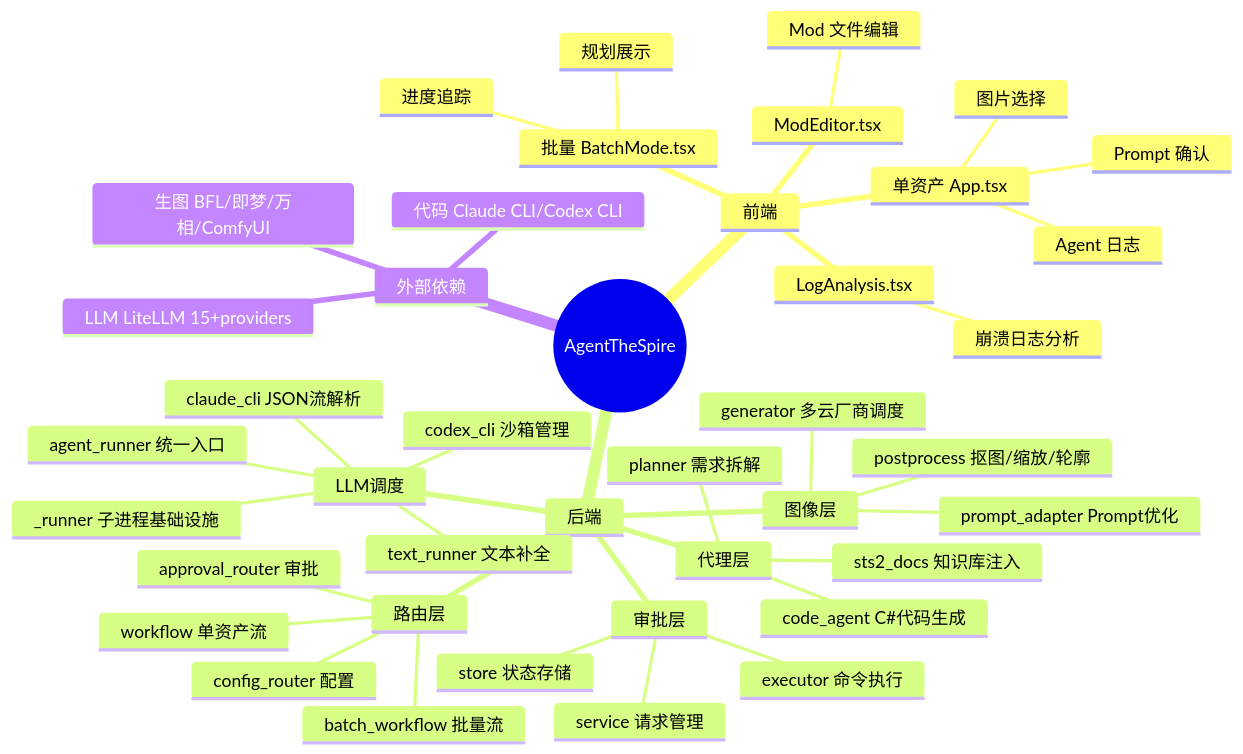
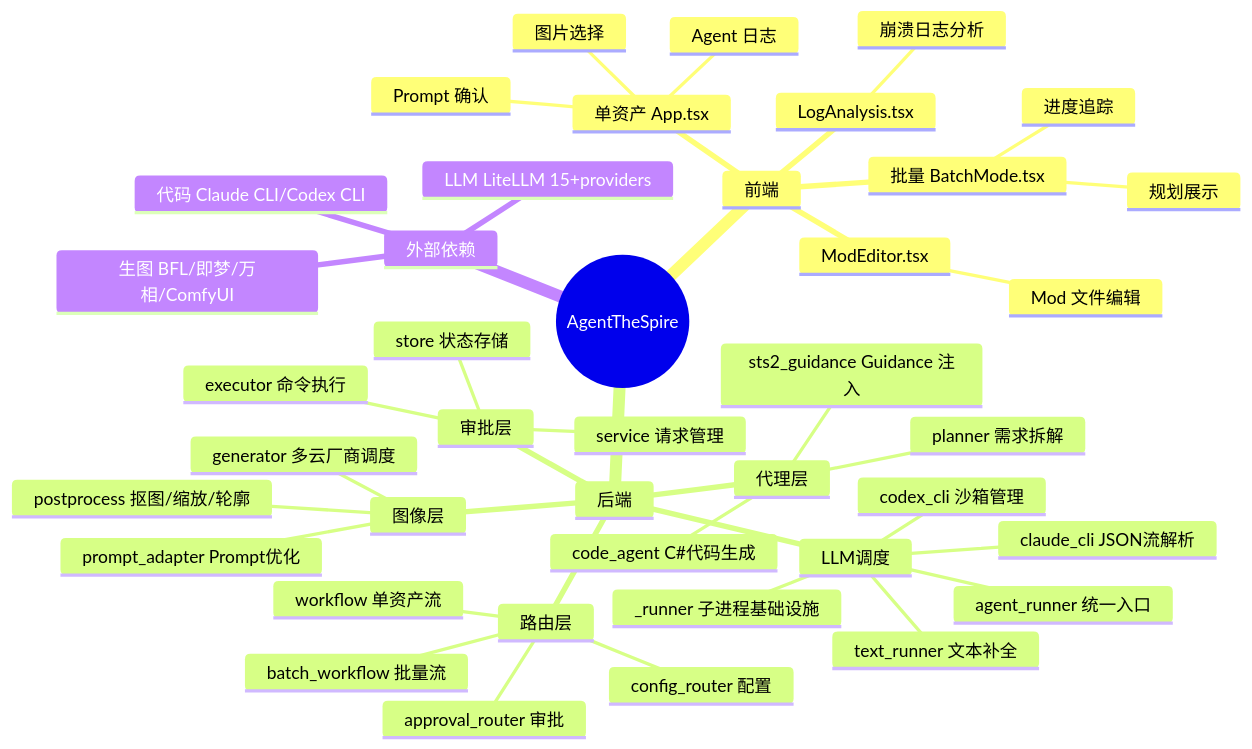
Before and after one commit to Frashmeat/AgentForSTS2: the sixth of 6 diagrams in docs/01-总览/项目架构总览.md, drawn with Mermaid. The commit also changed other lines of this file and 24 other files, not shown here.

````diff
--- a/docs/01-总览/项目架构总览.md
+++ b/docs/01-总览/项目架构总览.md
@@ -221,44 +221,44 @@
 ```mermaid
 mindmap
   root((AgentTheSpire))
     前端
       单资产 App.tsx
         Prompt 确认
         图片选择
         Agent 日志
       批量 BatchMode.tsx
         规划展示
         进度追踪
       ModEditor.tsx
         Mod 文件编辑
       LogAnalysis.tsx
         崩溃日志分析
     后端
       路由层
         workflow 单资产流
         batch_workflow 批量流
         approval_router 审批
         config_router 配置
       代理层
         code_agent C#代码生成
         planner 需求拆解
-        sts2_docs 知识库注入
+        sts2_guidance Guidance 注入
       LLM调度
         agent_runner 统一入口
         _runner 子进程基础设施
         claude_cli JSON流解析
         codex_cli 沙箱管理
         text_runner 文本补全
       图像层
         generator 多云厂商调度
         postprocess 抠图/缩放/轮廓
         prompt_adapter Prompt优化
       审批层
         service 请求管理
         executor 命令执行
         store 状态存储
     外部依赖
       生图 BFL/即梦/万相/ComfyUI
       代码 Claude CLI/Codex CLI
       LLM LiteLLM 15+providers
 ```
````
